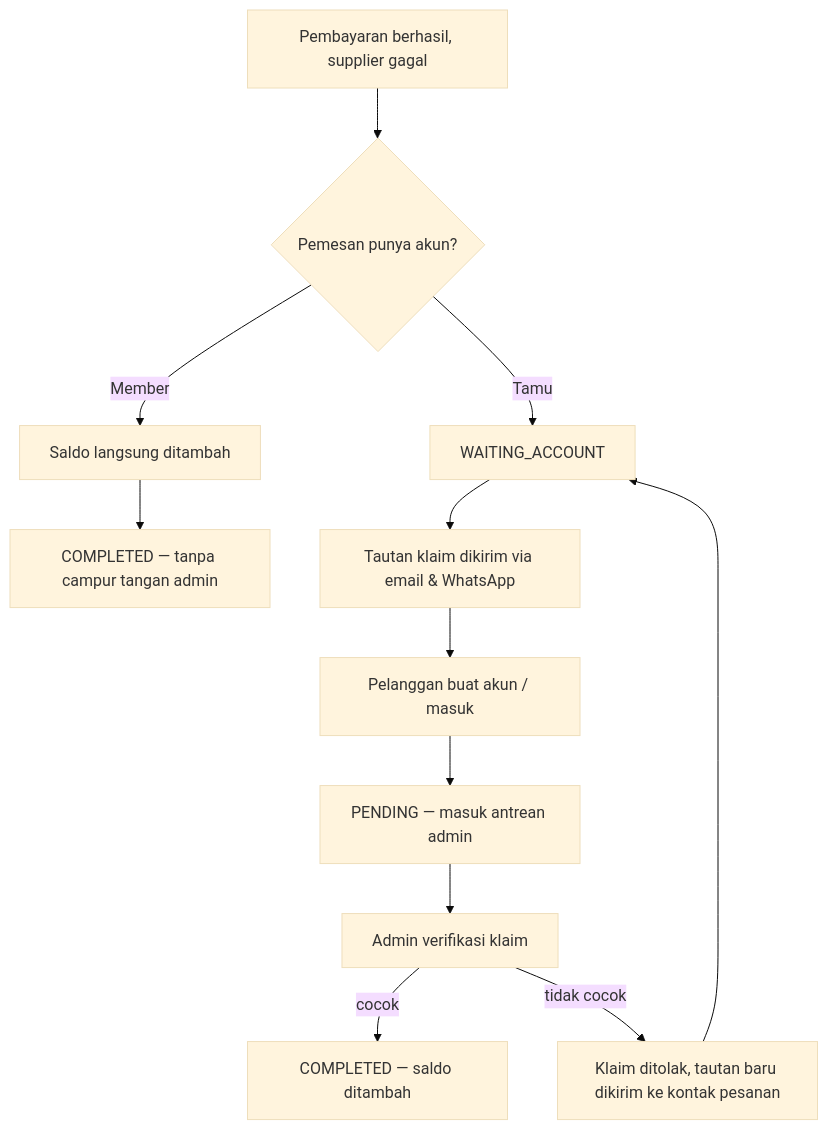
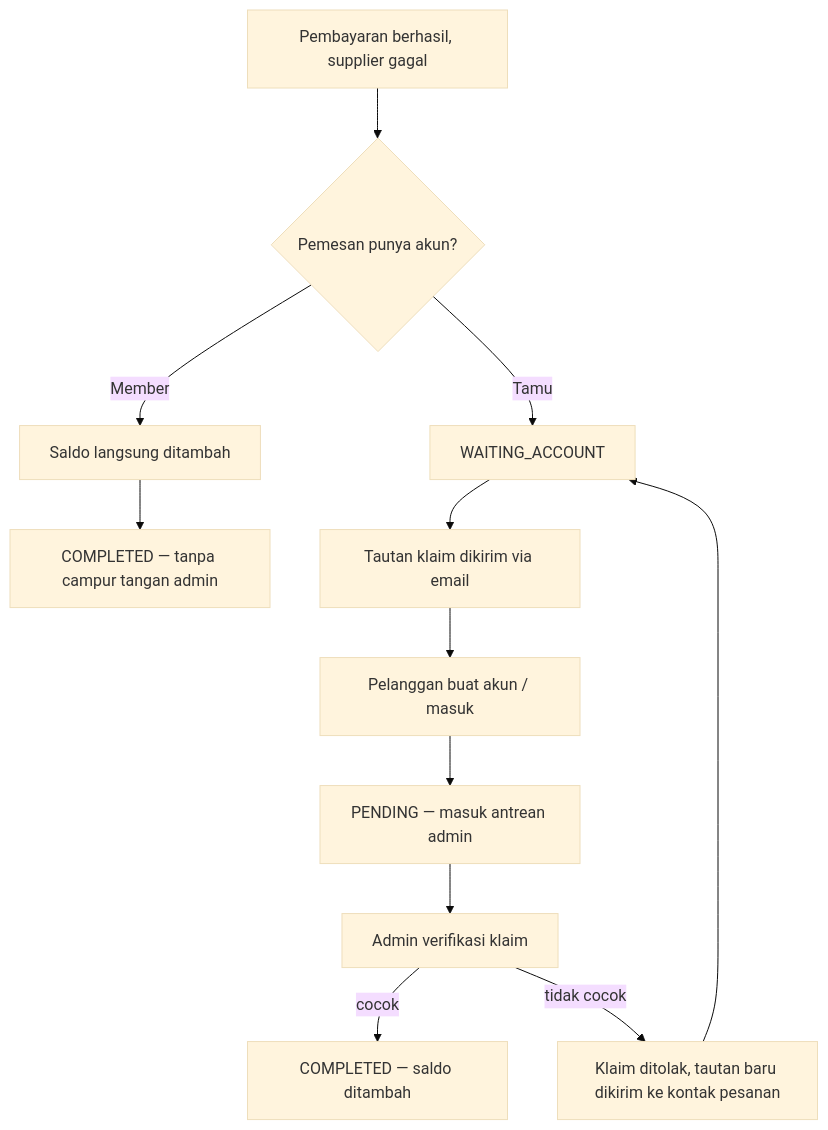
One commit to UXIO-DIGITAL-NETWORK/isgstore-monorepo changed the second of 2 diagrams in docs/01-alur-website.md. Above: the diagram before and after it, drawn with Mermaid (base theme). The commit also changed 20 other files, not shown here.

First line of the commit message:
feat(whatsapp): matikan pengiriman WhatsApp sampai langganan aktif

````diff
--- a/docs/01-alur-website.md
+++ b/docs/01-alur-website.md
@@ -90,14 +90,14 @@
 ```mermaid
 flowchart TD
     A[Pembayaran berhasil, supplier gagal] --> B{Pemesan punya akun?}
     B -->|Member| C[Saldo langsung ditambah]
     C --> D[COMPLETED — tanpa campur tangan admin]
     B -->|Tamu| E[WAITING_ACCOUNT]
-    E --> F[Tautan klaim dikirim via email & WhatsApp]
+    E --> F[Tautan klaim dikirim via email]
     F --> G[Pelanggan buat akun / masuk]
     G --> H[PENDING — masuk antrean admin]
     H --> I[Admin verifikasi klaim]
     I -->|cocok| J[COMPLETED — saldo ditambah]
     I -->|tidak cocok| K[Klaim ditolak, tautan baru dikirim ke kontak pesanan]
     K --> E
 ```
````
